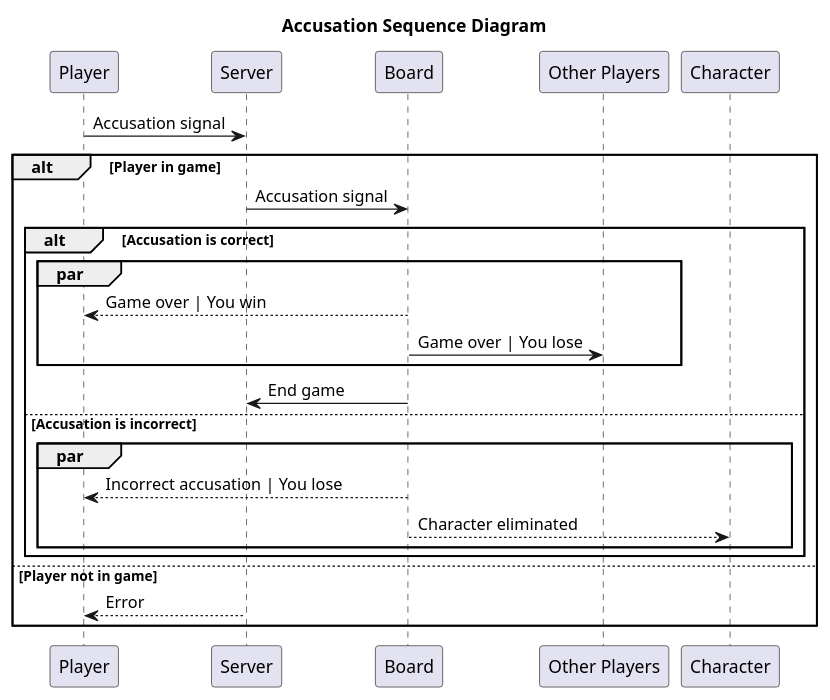
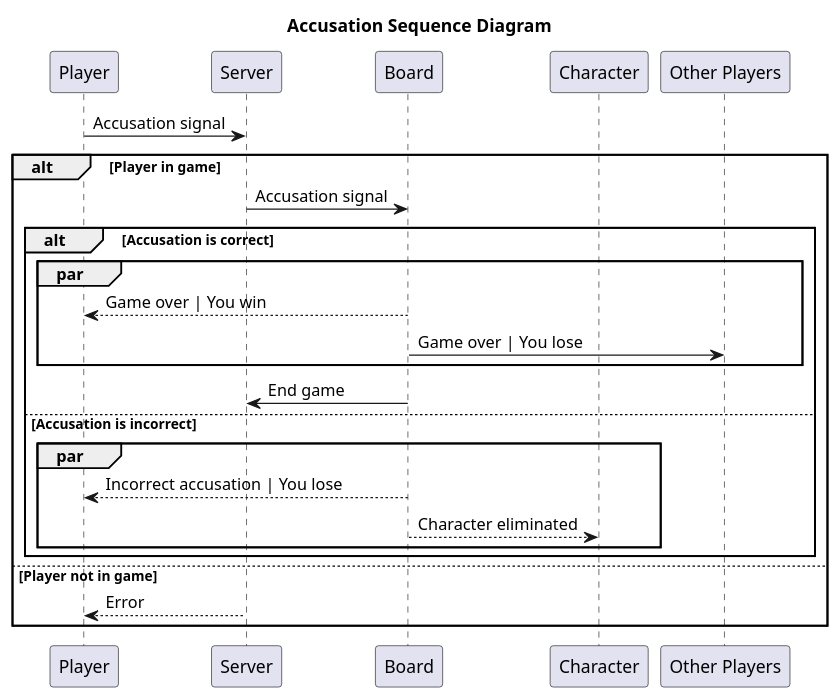
One commit to jedge3/Clueless changed the diagram in diagrams/accusation.plantuml. Above: the diagram before and after it, drawn with PlantUML. The commit also changed 3 other files, not shown here.

Commit message:
Update diagrams

```diff
--- a/diagrams/accusation.plantuml
+++ b/diagrams/accusation.plantuml
@@ -1,21 +1,26 @@
 @startuml Sequence Diagram
 title Accusation Sequence Diagram
+participant Player
+participant Server
+participant Board
+participant Character
+participant "Other Players"
 Player -> Server: Accusation signal
 alt Player in game
     Server -> Board: Accusation signal
     alt Accusation is correct
         par
             Board --> Player: Game over | You win
             Board -> "Other Players": Game over | You lose
         end
             Board -> Server: End game
     else Accusation is incorrect
         par
             Board --> Player: Incorrect accusation | You lose
             Board --> Character: Character eliminated
         end
     end
 else Player not in game
     Server --> Player: Error
 end
 @enduml
```
